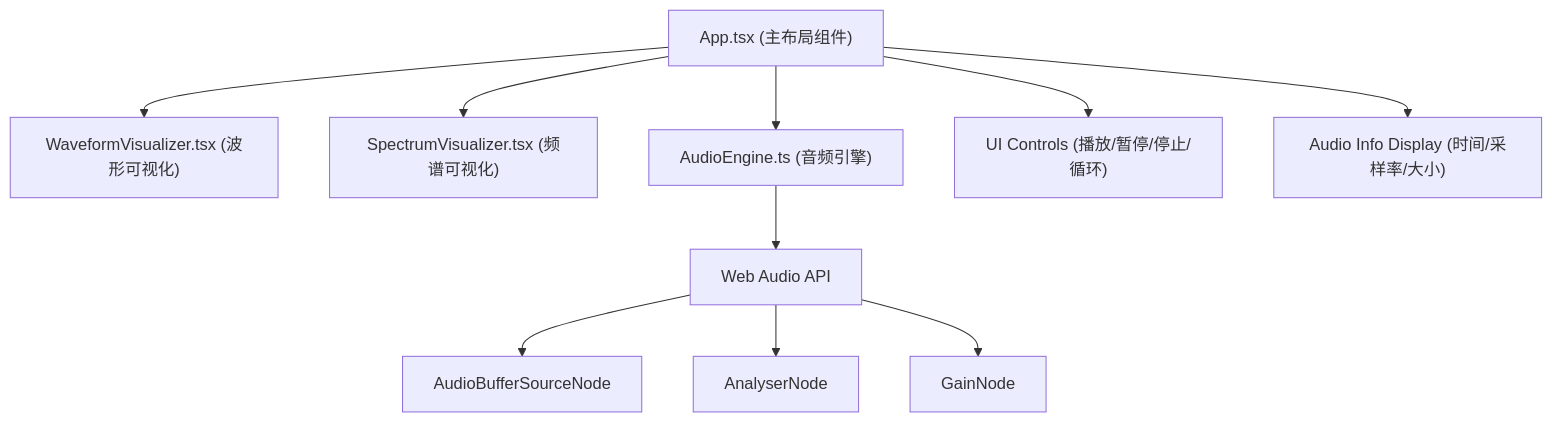
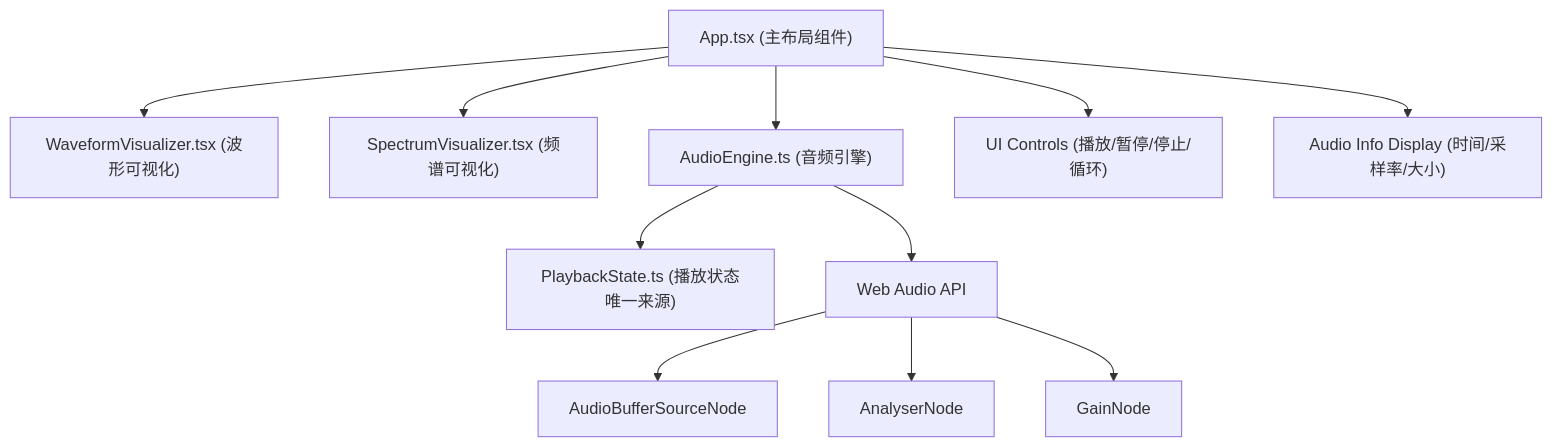
One commit to NUDT-ZSL/FeedBack changed the diagram in .trae/documents/TECHNICAL_ARCHITECTURE.md. Above: the diagram before and after it, drawn with Mermaid. The commit also changed other lines of this file and 9 other files, not shown here.

````diff
--- a/.trae/documents/TECHNICAL_ARCHITECTURE.md
+++ b/.trae/documents/TECHNICAL_ARCHITECTURE.md
@@ -2,12 +2,13 @@
 ```mermaid
 graph TD
     A["App.tsx (主布局组件)"] --> B["WaveformVisualizer.tsx (波形可视化)"]
     A --> C["SpectrumVisualizer.tsx (频谱可视化)"]
     A --> D["AudioEngine.ts (音频引擎)"]
+    D --> P["PlaybackState.ts (播放状态唯一来源)"]
     D --> E["Web Audio API"]
     E --> F["AudioBufferSourceNode"]
     E --> G["AnalyserNode"]
     E --> H["GainNode"]
     A --> I["UI Controls (播放/暂停/停止/循环)"]
     A --> J["Audio Info Display (时间/采样率/大小)"]
 ```
````
